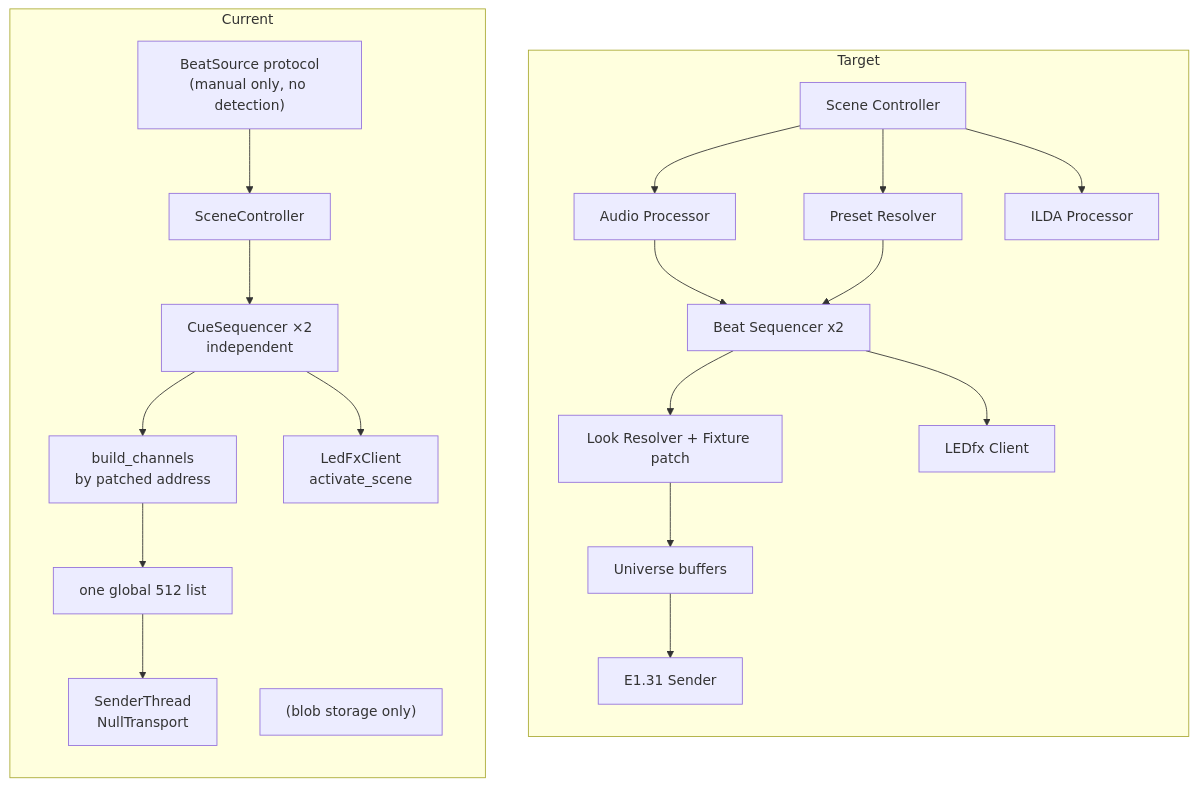
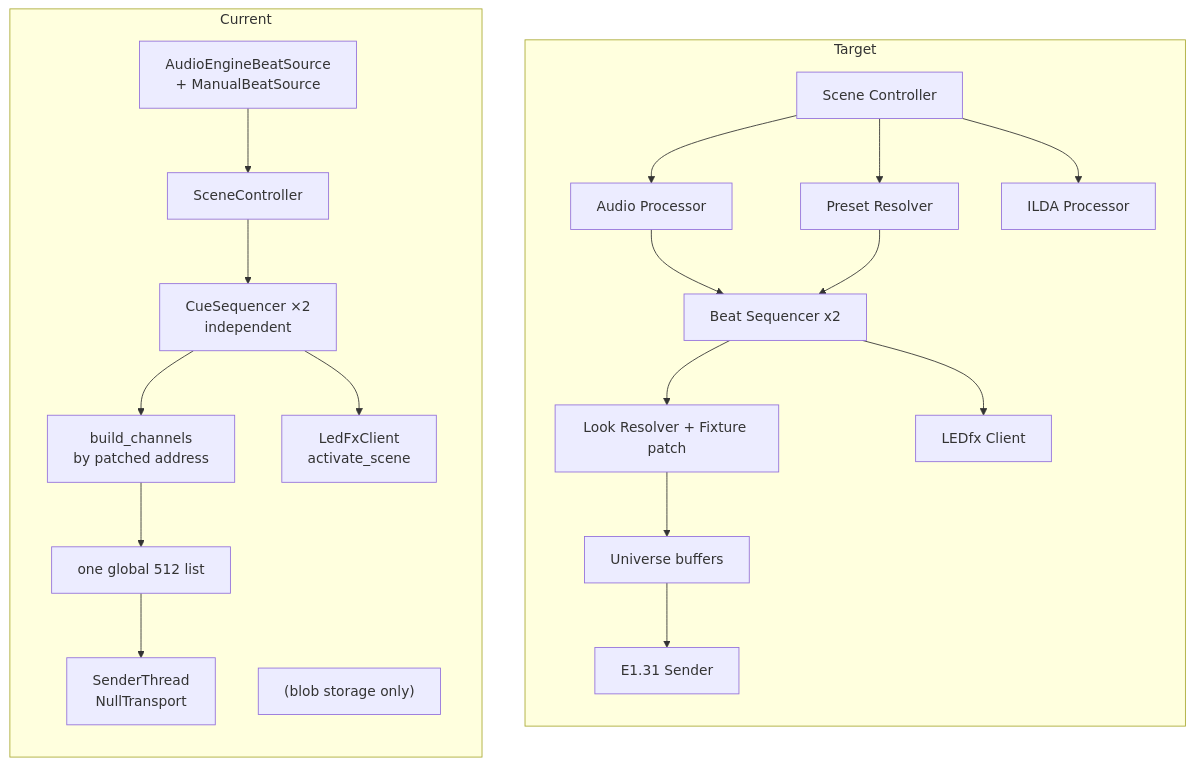
The tenth of 10 diagrams in docs/architecture.md (glane339/lightsappnew), drawn with Mermaid before and after one commit. The commit also changed other lines of this file and 33 other files, not shown here.

````diff
--- a/docs/architecture.md
+++ b/docs/architecture.md
@@ -493,29 +494,29 @@
 ```mermaid
 flowchart TB
     subgraph T["Target"]
         direction TB
         t1["Scene Controller"] --> t2["Audio Processor"]
         t1 --> t3["Preset Resolver"]
         t2 --> t4["Beat Sequencer x2"]
         t3 --> t4
         t4 --> t5["Look Resolver + Fixture patch"]
         t5 --> t6["Universe buffers"]
         t6 --> t7["E1.31 Sender"]
         t4 --> t8["LEDfx Client"]
         t1 --> t9["ILDA Processor"]
     end
     subgraph C["Current"]
         direction TB
         c1["SceneController"]
-        c2["BeatSource protocol<br/>(manual only, no detection)"]
+        c2["AudioEngineBeatSource<br/>+ ManualBeatSource"]
         c3["CueSequencer ×2<br/>independent"]
         c5["build_channels<br/>by patched address"]
         c6["one global 512 list"]
         c7["SenderThread<br/>NullTransport"]
         c8["LedFxClient<br/>activate_scene"]
         c9["(blob storage only)"]
         c2 --> c1 --> c3
         c3 --> c5 --> c6 --> c7
         c3 --> c8
     end
 ```
````
